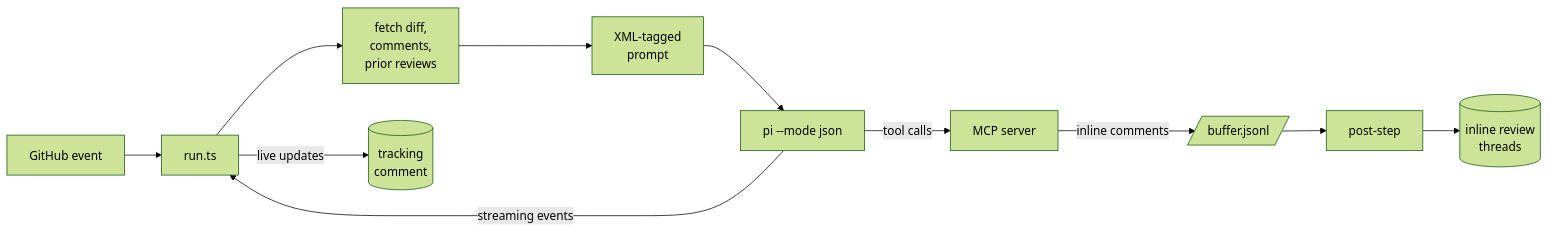
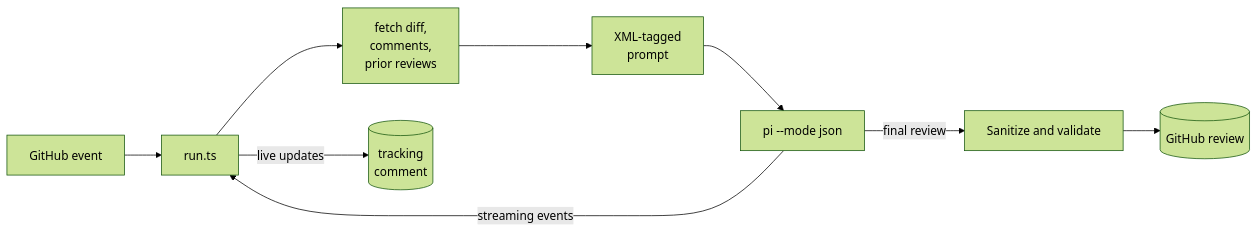
The diagram in README.md (selimozten/elek), drawn with Mermaid (forest theme) before and after one commit. The commit also changed other lines of this file and 42 other files, not shown here.

````diff
--- a/README.md
+++ b/README.md
@@ -275,13 +264,11 @@
 ```mermaid
 flowchart LR
     A[GitHub event] --> B[run.ts]
     B --> C[fetch diff,<br/>comments,<br/>prior reviews]
     C --> D[XML-tagged<br/>prompt]
     D --> E["pi --mode json"]
-    E -->|tool calls| F[MCP server]
-    F -->|inline comments| G[/buffer.jsonl/]
     E -->|streaming events| B
-    B -->|live updates| H[(tracking<br/>comment)]
-    G --> I[post-step]
-    I --> J[(inline review<br/>threads)]
+    E -->|final review| F[Sanitize and validate]
+    B -->|live updates| G[(tracking<br/>comment)]
+    F --> H[(GitHub review)]
 ```
````
